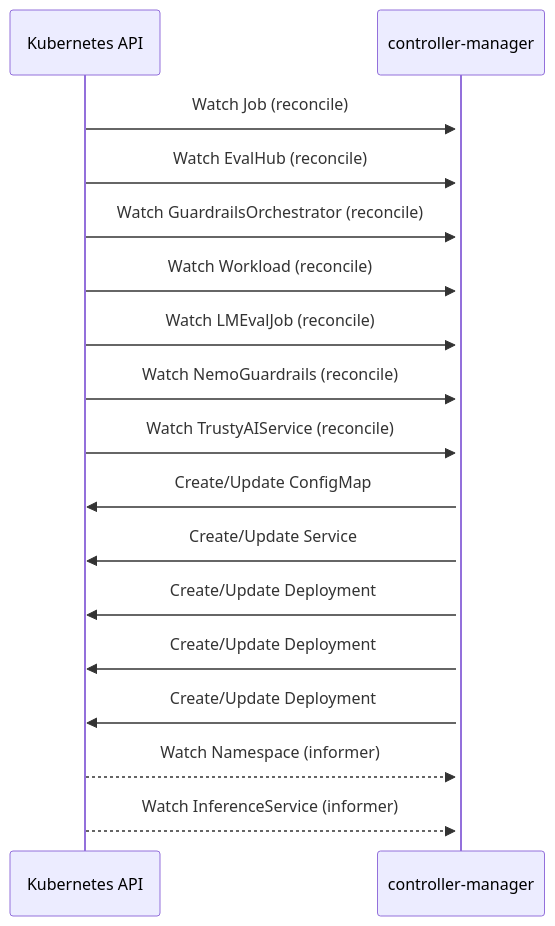
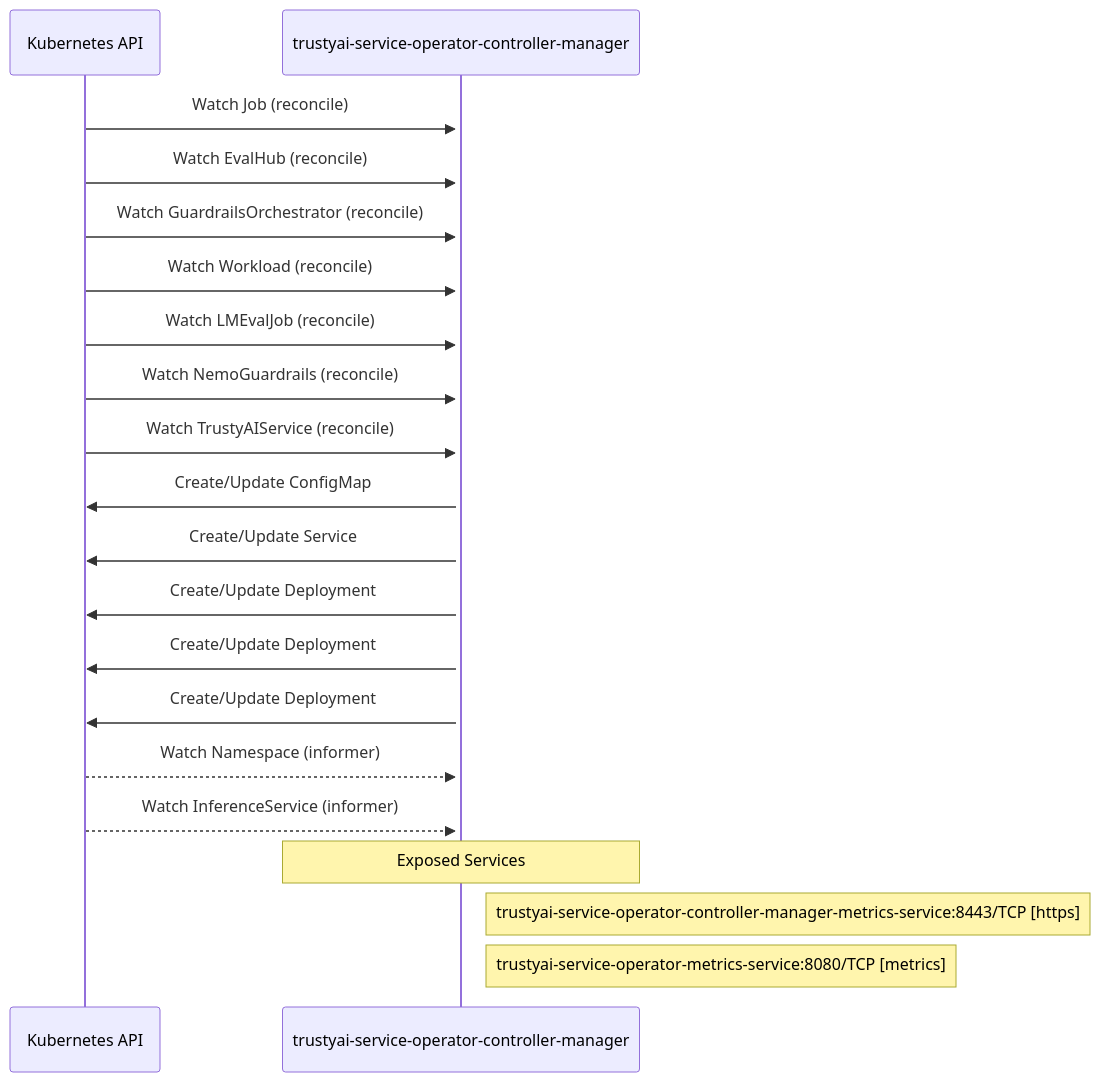
Before and after one commit to ugiordan/rhoai-architecture-analyzer: the diagram in site/docs/rhoai-platform/components/trustyai_service_operator/dataflow.md, drawn with Mermaid. The commit also changed 227 other files, not shown here.

````diff
--- a/site/docs/rhoai-platform/components/trustyai_service_operator/dataflow.md
+++ b/site/docs/rhoai-platform/components/trustyai_service_operator/dataflow.md
@@ -28,22 +28,26 @@
 ```mermaid
 sequenceDiagram
     %% Static dataflow for trustyai-service-operator
 
     participant KubernetesAPI as Kubernetes API
-    participant controller_manager as controller-manager
+    participant trustyai_service_operator_controller_manager as trustyai-service-operator-controller-manager
 
-    KubernetesAPI->>+controller_manager: Watch Job (reconcile)
-    KubernetesAPI->>+controller_manager: Watch EvalHub (reconcile)
-    KubernetesAPI->>+controller_manager: Watch GuardrailsOrchestrator (reconcile)
-    KubernetesAPI->>+controller_manager: Watch Workload (reconcile)
-    KubernetesAPI->>+controller_manager: Watch LMEvalJob (reconcile)
-    KubernetesAPI->>+controller_manager: Watch NemoGuardrails (reconcile)
-    KubernetesAPI->>+controller_manager: Watch TrustyAIService (reconcile)
-    controller_manager->>KubernetesAPI: Create/Update ConfigMap
-    controller_manager->>KubernetesAPI: Create/Update Service
-    controller_manager->>KubernetesAPI: Create/Update Deployment
-    controller_manager->>KubernetesAPI: Create/Update Deployment
-    controller_manager->>KubernetesAPI: Create/Update Deployment
-    KubernetesAPI-->>+controller_manager: Watch Namespace (informer)
-    KubernetesAPI-->>+controller_manager: Watch InferenceService (informer)
+    KubernetesAPI->>+trustyai_service_operator_controller_manager: Watch Job (reconcile)
+    KubernetesAPI->>+trustyai_service_operator_controller_manager: Watch EvalHub (reconcile)
+    KubernetesAPI->>+trustyai_service_operator_controller_manager: Watch GuardrailsOrchestrator (reconcile)
+    KubernetesAPI->>+trustyai_service_operator_controller_manager: Watch Workload (reconcile)
+    KubernetesAPI->>+trustyai_service_operator_controller_manager: Watch LMEvalJob (reconcile)
+    KubernetesAPI->>+trustyai_service_operator_controller_manager: Watch NemoGuardrails (reconcile)
+    KubernetesAPI->>+trustyai_service_operator_controller_manager: Watch TrustyAIService (reconcile)
+    trustyai_service_operator_controller_manager->>KubernetesAPI: Create/Update ConfigMap
+    trustyai_service_operator_controller_manager->>KubernetesAPI: Create/Update Service
+    trustyai_service_operator_controller_manager->>KubernetesAPI: Create/Update Deployment
+    trustyai_service_operator_controller_manager->>KubernetesAPI: Create/Update Deployment
+    trustyai_service_operator_controller_manager->>KubernetesAPI: Create/Update Deployment
+    KubernetesAPI-->>+trustyai_service_operator_controller_manager: Watch Namespace (informer)
+    KubernetesAPI-->>+trustyai_service_operator_controller_manager: Watch InferenceService (informer)
+
+    Note over trustyai_service_operator_controller_manager: Exposed Services
+    Note right of trustyai_service_operator_controller_manager: trustyai-service-operator-controller-manager-metrics-service:8443/TCP [https]
+    Note right of trustyai_service_operator_controller_manager: trustyai-service-operator-metrics-service:8080/TCP [metrics]
 ```
````
